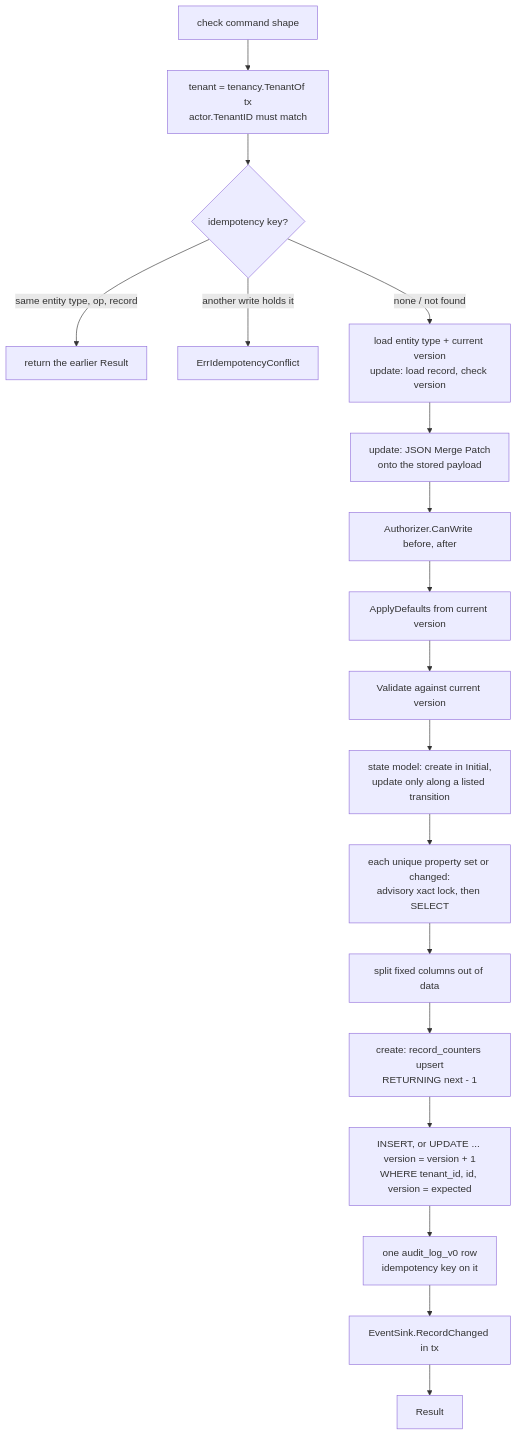
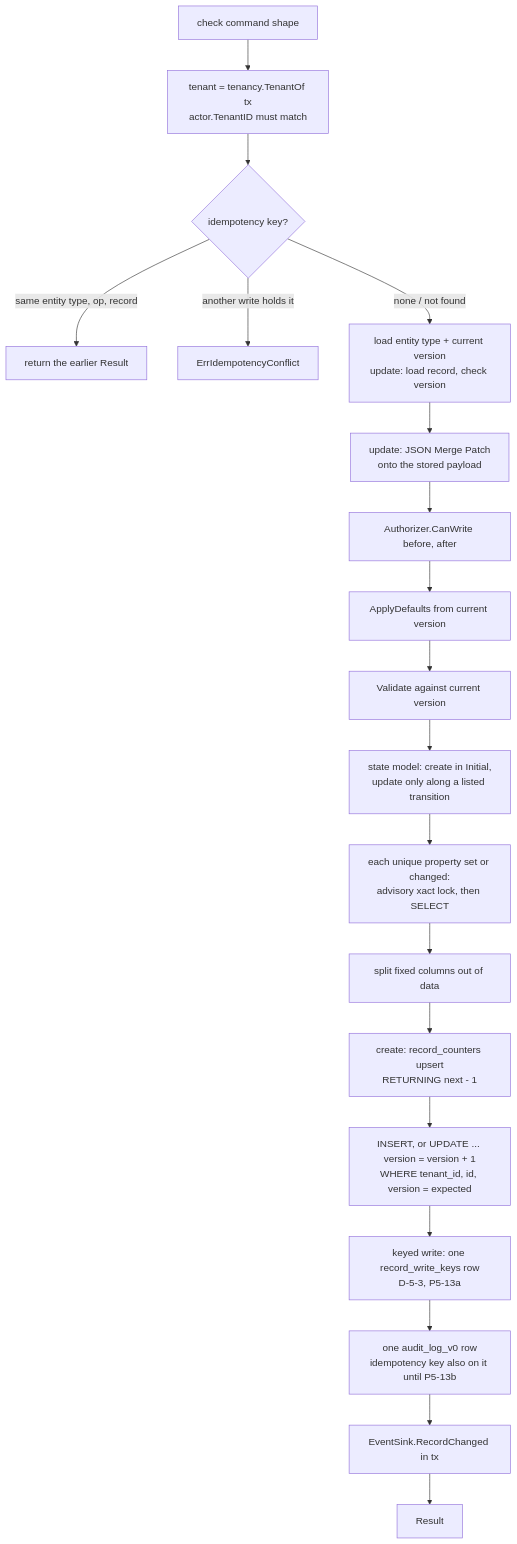
The diagram in docs/architecture/record-write-pipeline.md (Navaladi2019/TicketingSystem), drawn with Mermaid before and after one commit. The commit also changed other lines of this file and 5 other files, not shown here.

First line of the commit message:
P5-13a (TICK-431): idempotent replay on record_write_keys (D-5-3)

````diff
--- a/docs/architecture/record-write-pipeline.md
+++ b/docs/architecture/record-write-pipeline.md
@@ -15,20 +15,21 @@
 ```mermaid
 flowchart TD
     A[check command shape] --> B[tenant = tenancy.TenantOf tx<br/>actor.TenantID must match]
     B --> C{idempotency key?}
     C -- same entity type, op, record --> R[return the earlier Result]
     C -- another write holds it --> X[ErrIdempotencyConflict]
     C -- none / not found --> D[load entity type + current version<br/>update: load record, check version]
     D --> E[update: JSON Merge Patch<br/>onto the stored payload]
     E --> F[Authorizer.CanWrite before, after]
     F --> G[ApplyDefaults from current version]
     G --> H[Validate against current version]
     H --> S[state model: create in Initial,<br/>update only along a listed transition]
     S --> U[each unique property set or changed:<br/>advisory xact lock, then SELECT]
     U --> I[split fixed columns out of data]
     I --> N[create: record_counters upsert<br/>RETURNING next - 1]
     N --> J[INSERT, or UPDATE ... version = version + 1<br/>WHERE tenant_id, id, version = expected]
-    J --> K[one audit_log_v0 row<br/>idempotency key on it]
+    J --> W[keyed write: one record_write_keys row<br/>D-5-3, P5-13a]
+    W --> K[one audit_log_v0 row<br/>idempotency key also on it until P5-13b]
     K --> L[EventSink.RecordChanged in tx]
     L --> M[Result]
 ```
````
